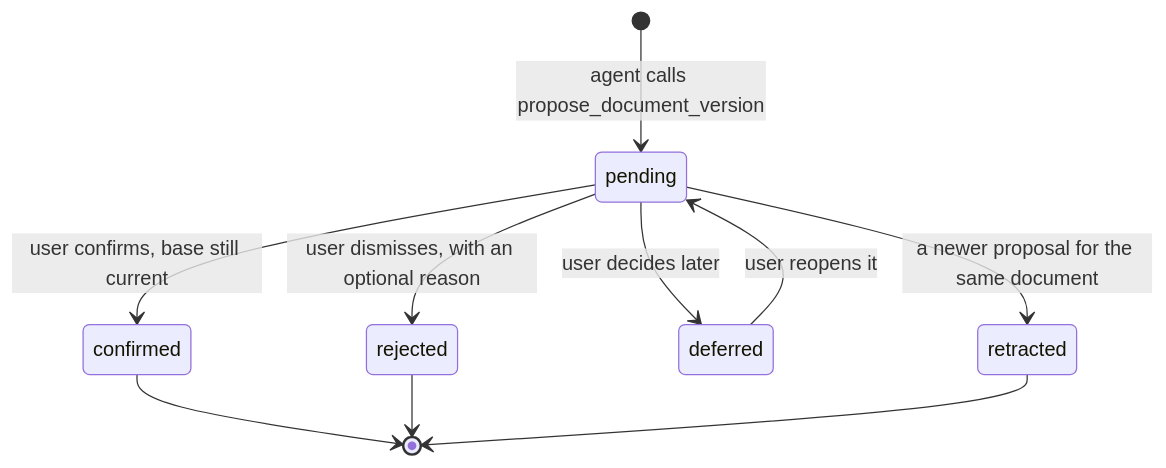
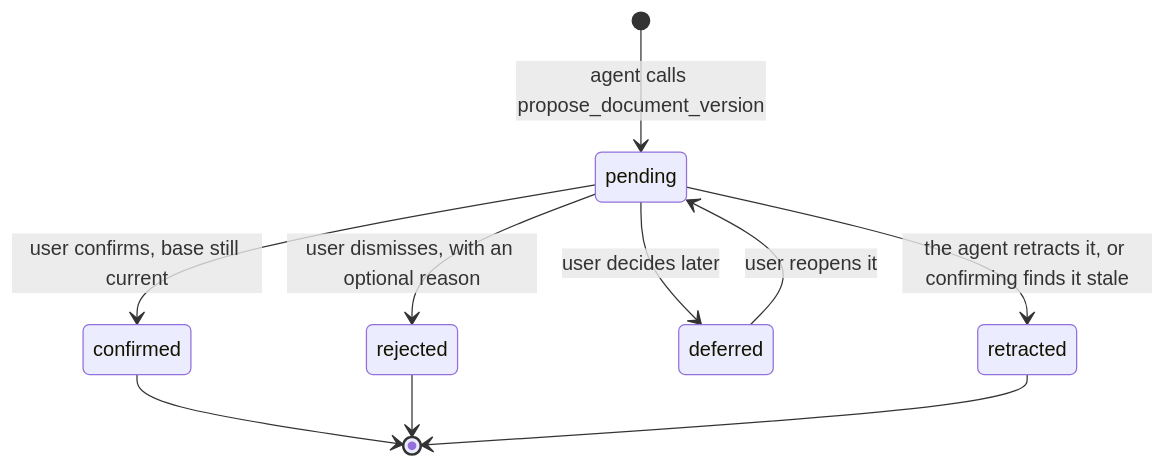
Before and after one commit to matthiasn/lotti: the fourth of 5 diagrams in knowledge/features/documents.md, drawn with Mermaid. The commit also changed other lines of this file and 59 other files, not shown here.

````diff
--- a/knowledge/features/documents.md
+++ b/knowledge/features/documents.md
@@ -298,12 +317,12 @@
 ```mermaid
 stateDiagram-v2
   [*] --> pending: agent calls propose_document_version
   pending --> confirmed: user confirms, base still current
   pending --> rejected: user dismisses, with an optional reason
   pending --> deferred: user decides later
   deferred --> pending: user reopens it
-  pending --> retracted: a newer proposal for the same document
+  pending --> retracted: the agent retracts it, or confirming finds it stale
   confirmed --> [*]
   rejected --> [*]
   retracted --> [*]
 ```
````
